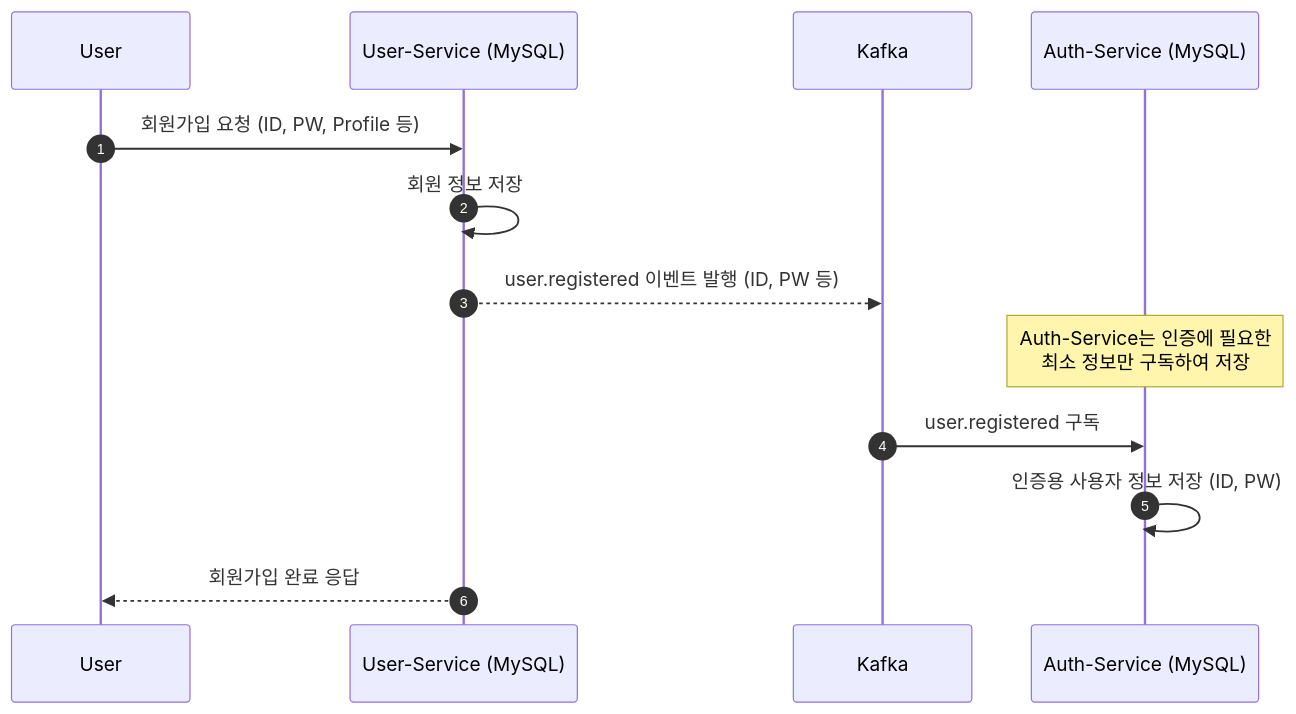
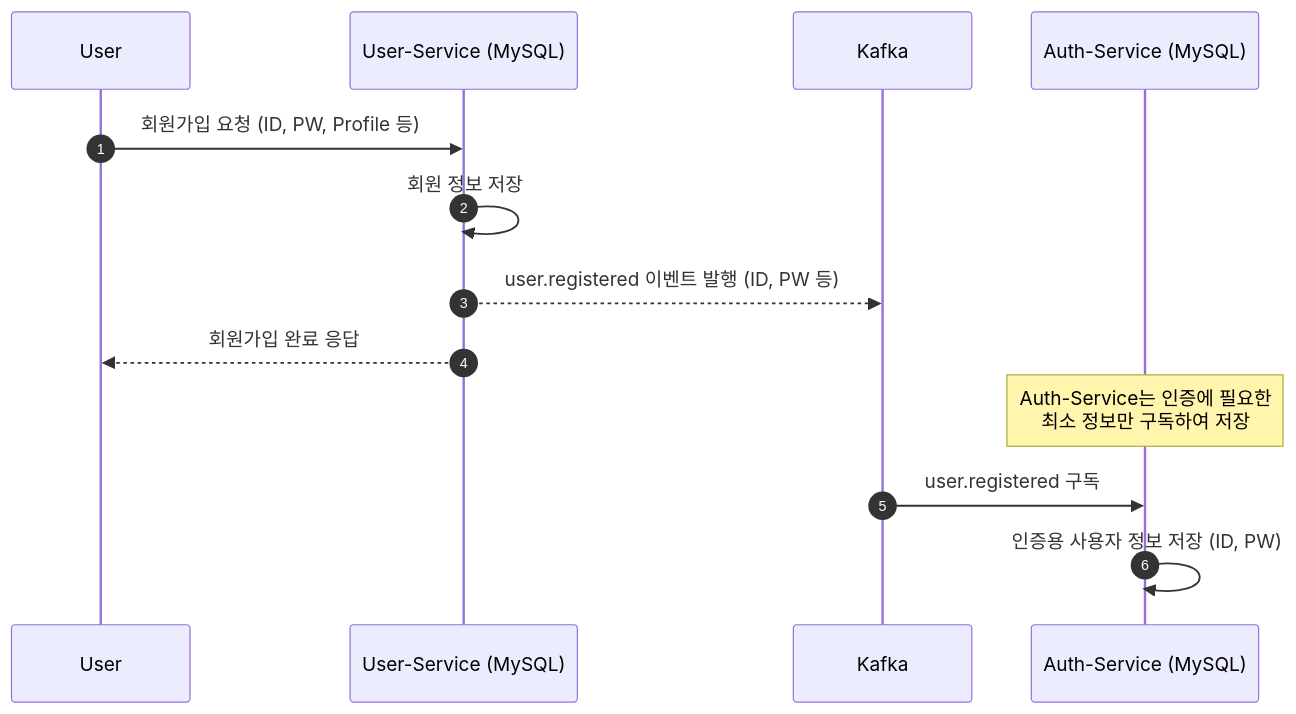
The second of 7 diagrams in README.md (gr1993/ecommerce-msa), drawn with Mermaid before and after one commit. The commit also changed other lines of this file, not shown here.

````diff
--- a/README.md
+++ b/README.md
@@ -110,18 +110,17 @@
 ```mermaid
 sequenceDiagram
     autonumber
     participant User
     participant US as User-Service (MySQL)
     participant Kafka
     participant AS as Auth-Service (MySQL)
 
     User->>US: 회원가입 요청 (ID, PW, Profile 등)
     US->>US: 회원 정보 저장
     US-->>Kafka: user.registered 이벤트 발행 (ID, PW 등)
-    
+    US-->>User: 회원가입 완료 응답
+
     Note over AS: Auth-Service는 인증에 필요한<br/>최소 정보만 구독하여 저장
     Kafka->>AS: user.registered 구독
     AS->>AS: 인증용 사용자 정보 저장 (ID, PW)
-    
-    US-->>User: 회원가입 완료 응답
 ```
````
